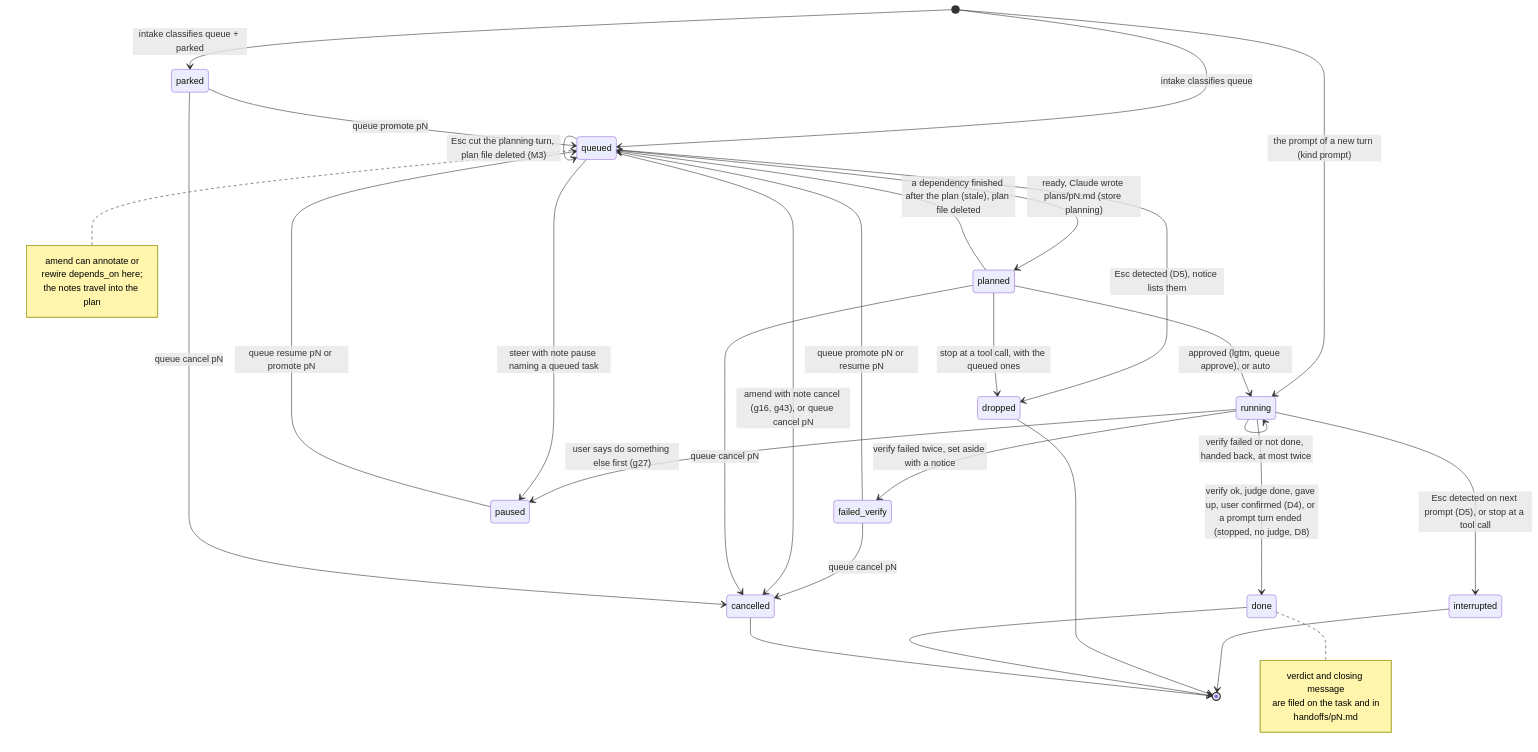
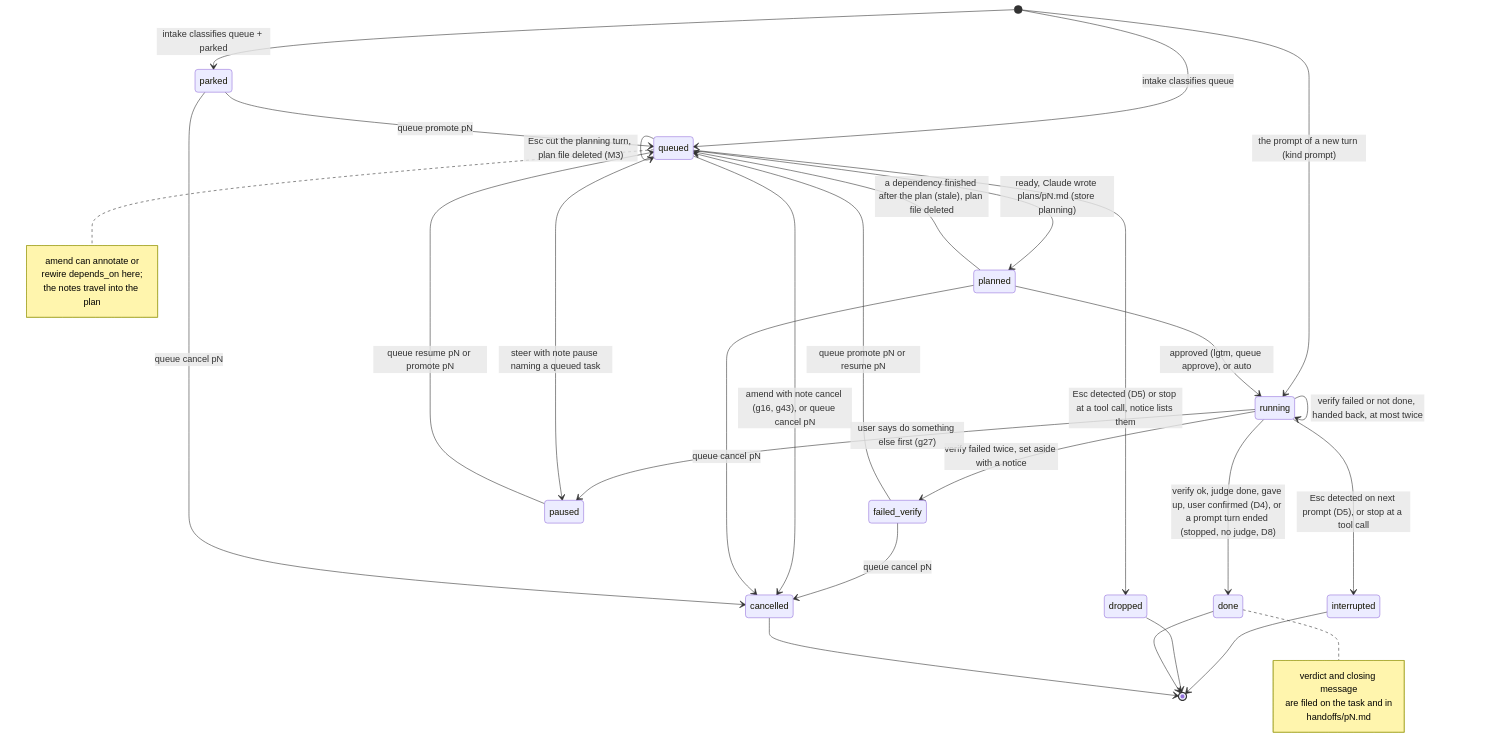
The seventh of 12 diagrams in docs/flows.md (0xEl1yahu/queue-switchclaude), drawn with Mermaid before and after one commit. The commit also changed 7 other files, not shown here.

First line of the commit message:
fix: stop and Esc share one reset; a stop keeps plans awaiting approval

````diff
--- a/docs/flows.md
+++ b/docs/flows.md
@@ -212,41 +212,40 @@
 ```mermaid
 stateDiagram-v2
     [*] --> queued: intake classifies queue
     [*] --> parked: intake classifies queue + parked
     [*] --> running: the prompt of a new turn (kind prompt)
     parked --> queued: queue promote pN
     queued --> planned: ready, Claude wrote plans/pN.md (store planning)
     queued --> queued: ready, but no plan after two planning turns
     queued --> queued: Esc cut the planning turn, plan file deleted (M3)
     planned --> running: approved (lgtm, queue approve), or auto
     planned --> queued: a dependency finished after the plan (stale), plan file deleted
     running --> running: verify failed or not done, handed back, at most twice
     running --> done: verify ok, judge done, gave up, user confirmed (D4), or a prompt turn ended (stopped, no judge, D8)
     running --> failed_verify: verify failed twice, set aside with a notice
     failed_verify --> queued: queue promote pN or resume pN
     failed_verify --> cancelled: queue cancel pN
     running --> paused: user says do something else first (g27)
     queued --> paused: steer with note pause naming a queued task
     paused --> queued: queue resume pN or promote pN
     running --> interrupted: Esc detected on next prompt (D5), or stop at a tool call
-    queued --> dropped: Esc detected (D5), notice lists them
-    planned --> dropped: stop at a tool call, with the queued ones
+    queued --> dropped: Esc detected (D5) or stop at a tool call, notice lists them
     interrupted --> [*]
     dropped --> [*]
     queued --> cancelled: amend with note cancel (g16, g43), or queue cancel pN
     planned --> cancelled: queue cancel pN
     parked --> cancelled: queue cancel pN
     done --> [*]
     cancelled --> [*]
 
     note right of queued
         amend can annotate or
         rewire depends_on here;
         the notes travel into the plan
     end note
     note right of done
         verdict and closing message
         are filed on the task and in
         handoffs/pN.md
     end note
 ```
````
